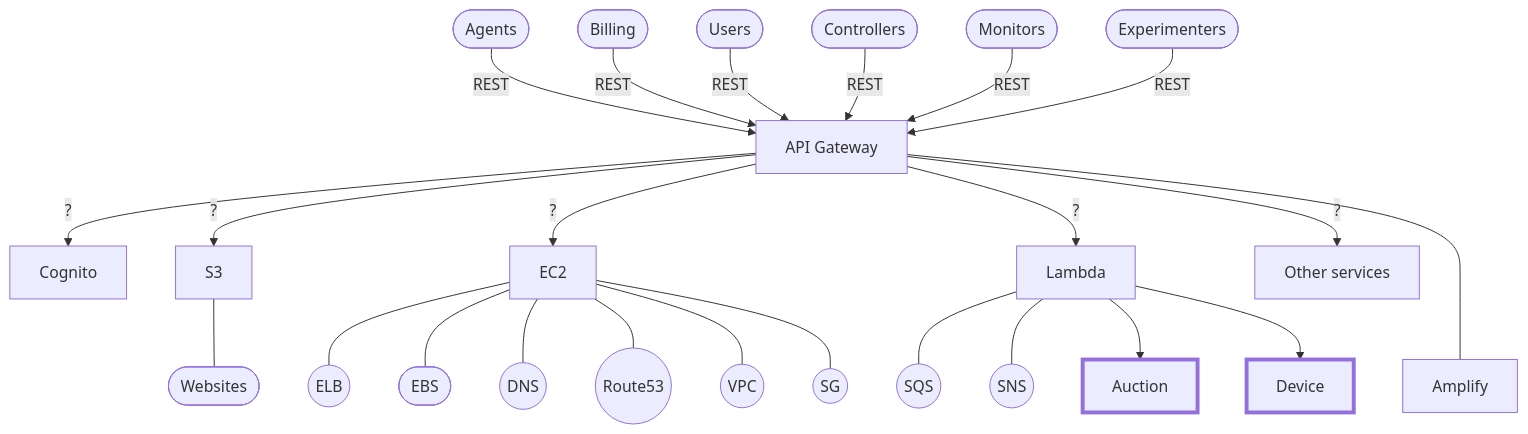
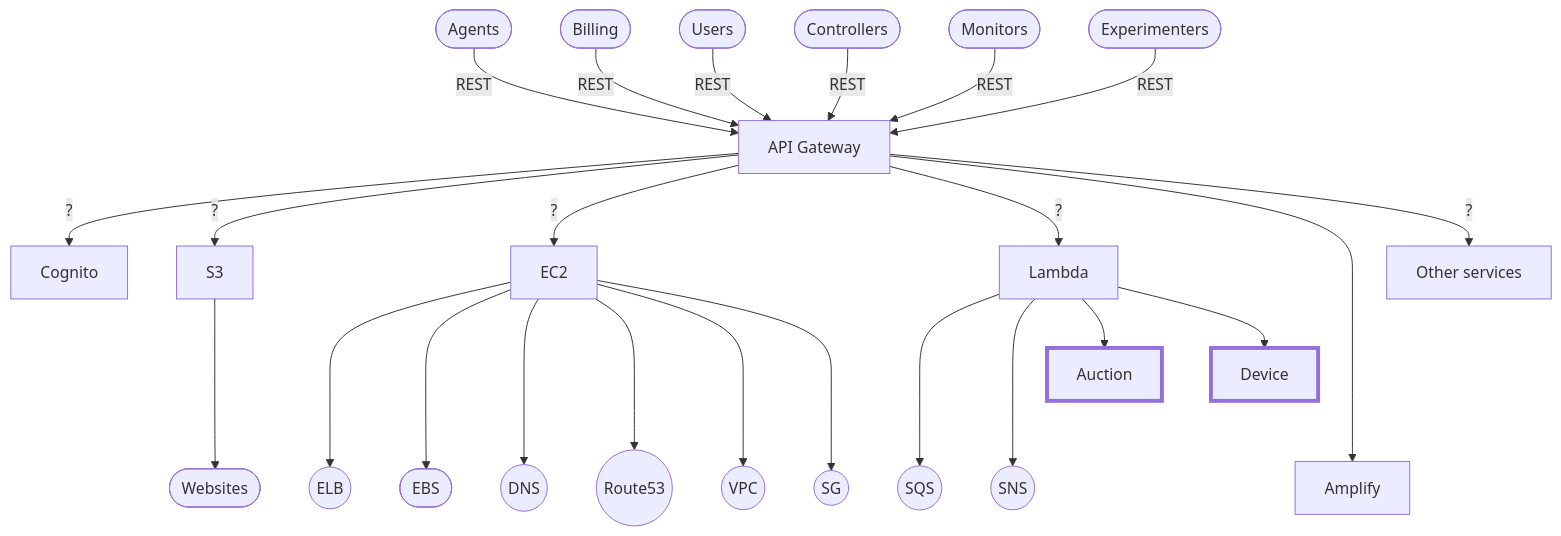
Before and after one commit to aivanova5/design: the diagram in docs/system_overview.md, drawn with Mermaid.

````diff
--- a/docs/system_overview.md
+++ b/docs/system_overview.md
@@ -1,38 +1,38 @@
 ```mermaid
 flowchart TD
   
   classDef active stroke-width:4px;
   
   agents([Agents]) -- REST --> gateway[API Gateway]
   billing([Billing]) -- REST --> gateway
   users([Users]) -- REST --> gateway
   controllers([Controllers]) -- REST --> gateway
   monitors([Monitors]) -- REST --> gateway
   experiment([Experimenters]) -- REST --> gateway
   
   gateway -- ? --> auth[Cognito]
   
   gateway -- ? --> s3[S3]
-    s3 --- www([Websites])
+    s3 ---> www([Websites])
   
   gateway -- ? --> ec2[EC2]
-    ec2 --- elb((ELB))
-    ec2 --- ebs([EBS])
-    ec2 --- dns((DNS))
-    ec2 --- route53((Route53))
-    ec2 --- vpc((VPC))
-    ec2 --- sg((SG))
+    ec2 ---> elb((ELB))
+    ec2 ---> ebs([EBS])
+    ec2 ---> dns((DNS))
+    ec2 ---> route53((Route53))
+    ec2 ---> vpc((VPC))
+    ec2 ---> sg((SG))
   
   gateway -- ? --> lambda[Lambda]
-    lambda --- sqs((SQS))
-    lambda --- sns((SNS))
+    lambda ---> sqs((SQS))
+    lambda ---> sns((SNS))
     lambda --> auction[Auction]:::active
     click auction "https://github.com/tess-v2/design/blob/master/docs/auction.md" _blank
     lambda --> device[Device]:::active
     click auction "https://github.com/tess-v2/design/blob/master/docs/device.md" _blank
   
-  gateway ---- amplify[Amplify]
+  gateway ----> amplify[Amplify]
   
   gateway -- ? --> other[Other services]
   
 ```
````
